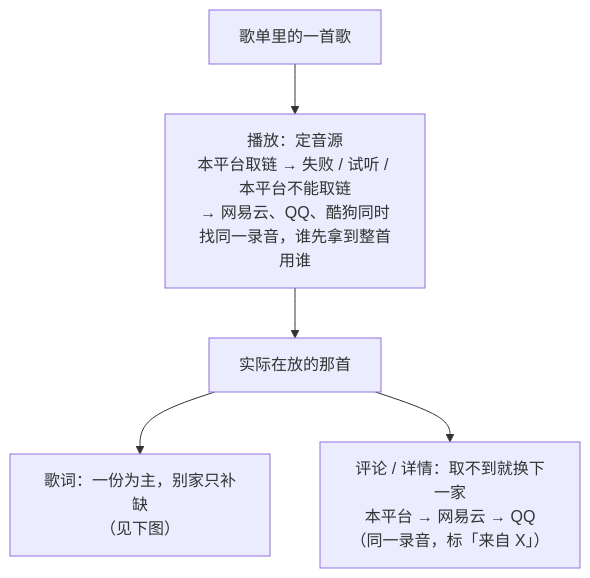
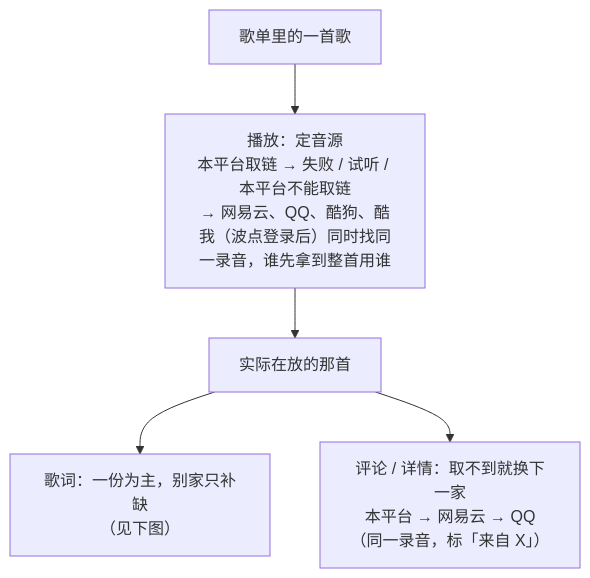
Before and after one commit to violetsnowl/Nebula: the first of 2 diagrams in docs/project/ARCHITECTURE.md, drawn with Mermaid. The commit also changed other lines of this file and 2 other files, not shown here.

Commit message:
docs: 结项交接——后端链路总图按 #216 重画，快照改写为「播放与歌词已收敛、下一阶段待定」，汽水与改文件的坑写进 NOTES

````diff
--- a/docs/project/ARCHITECTURE.md
+++ b/docs/project/ARCHITECTURE.md
@@ -127,7 +127,7 @@
 ```mermaid
 flowchart TD
-  A[歌单里的一首歌] --> B["播放：定音源<br/>本平台取链 → 失败 / 试听 / 本平台不能取链<br/>→ 网易云、QQ、酷狗同时找同一录音，谁先拿到整首用谁"]
+  A[歌单里的一首歌] --> B["播放：定音源<br/>本平台取链 → 失败 / 试听 / 本平台不能取链<br/>→ 网易云、QQ、酷狗、酷我（波点登录后）同时找同一录音，谁先拿到整首用谁"]
   B --> C[实际在放的那首]
   C --> D["歌词：一份为主，别家只补缺<br/>（见下图）"]
   C --> E["评论 / 详情：取不到就换下一家<br/>本平台 → 网易云 → QQ（同一录音，标「来自 X」）"]
 ```
````
